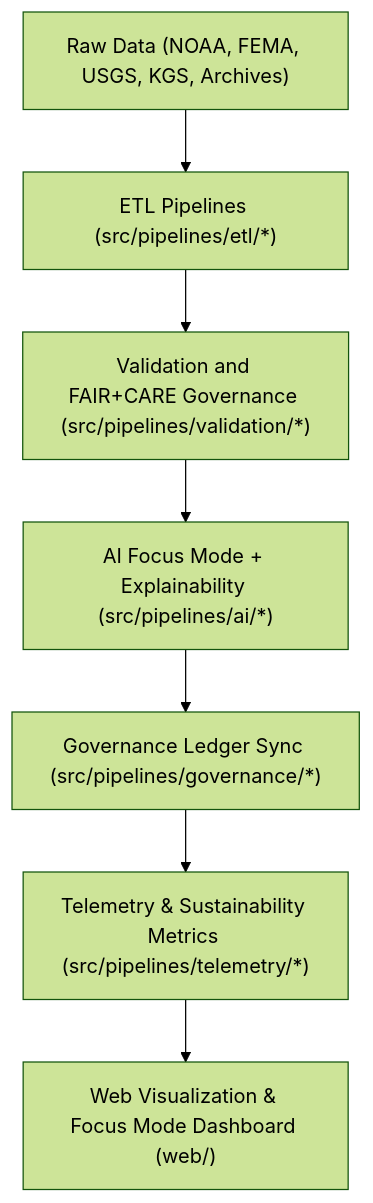
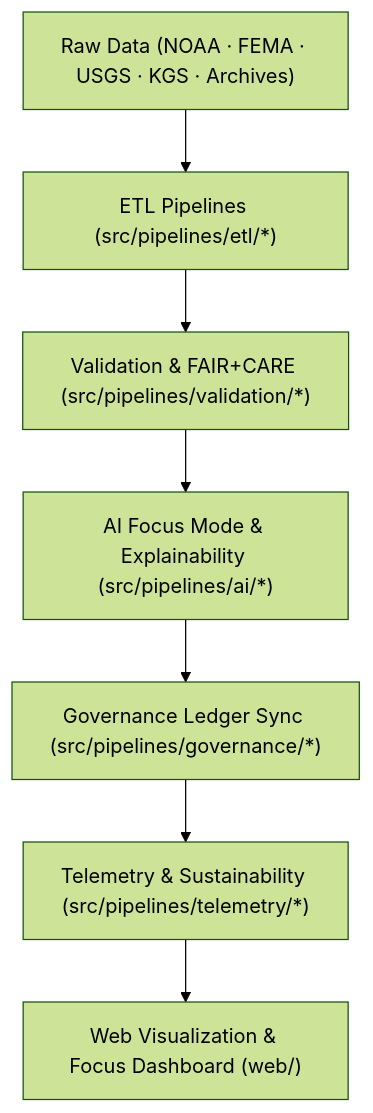
Before and after one commit to bartytime4life/Kansas-Frontier-Matrix: the diagram in docs/architecture/README.md, drawn with Mermaid (forest theme). The commit also changed other lines of this file, not shown here.

First line of the commit message:
Upgrade architecture README to version 9.7.0

````diff
--- a/docs/architecture/README.md
+++ b/docs/architecture/README.md
@@ -65,9 +64,9 @@
 ```mermaid
 flowchart TD
-    A["Raw Data (NOAA, FEMA, USGS, KGS, Archives)"] --> B["ETL Pipelines (src/pipelines/etl/*)"]
-    B --> C["Validation and FAIR+CARE Governance (src/pipelines/validation/*)"]
-    C --> D["AI Focus Mode + Explainability (src/pipelines/ai/*)"]
+    A["Raw Data (NOAA · FEMA · USGS · KGS · Archives)"] --> B["ETL Pipelines (src/pipelines/etl/*)"]
+    B --> C["Validation & FAIR+CARE (src/pipelines/validation/*)"]
+    C --> D["AI Focus Mode & Explainability (src/pipelines/ai/*)"]
     D --> E["Governance Ledger Sync (src/pipelines/governance/*)"]
-    E --> F["Telemetry & Sustainability Metrics (src/pipelines/telemetry/*)"]
-    F --> G["Web Visualization & Focus Mode Dashboard (web/)"]
+    E --> F["Telemetry & Sustainability (src/pipelines/telemetry/*)"]
+    F --> G["Web Visualization & Focus Dashboard (web/)"]
 ```
````
